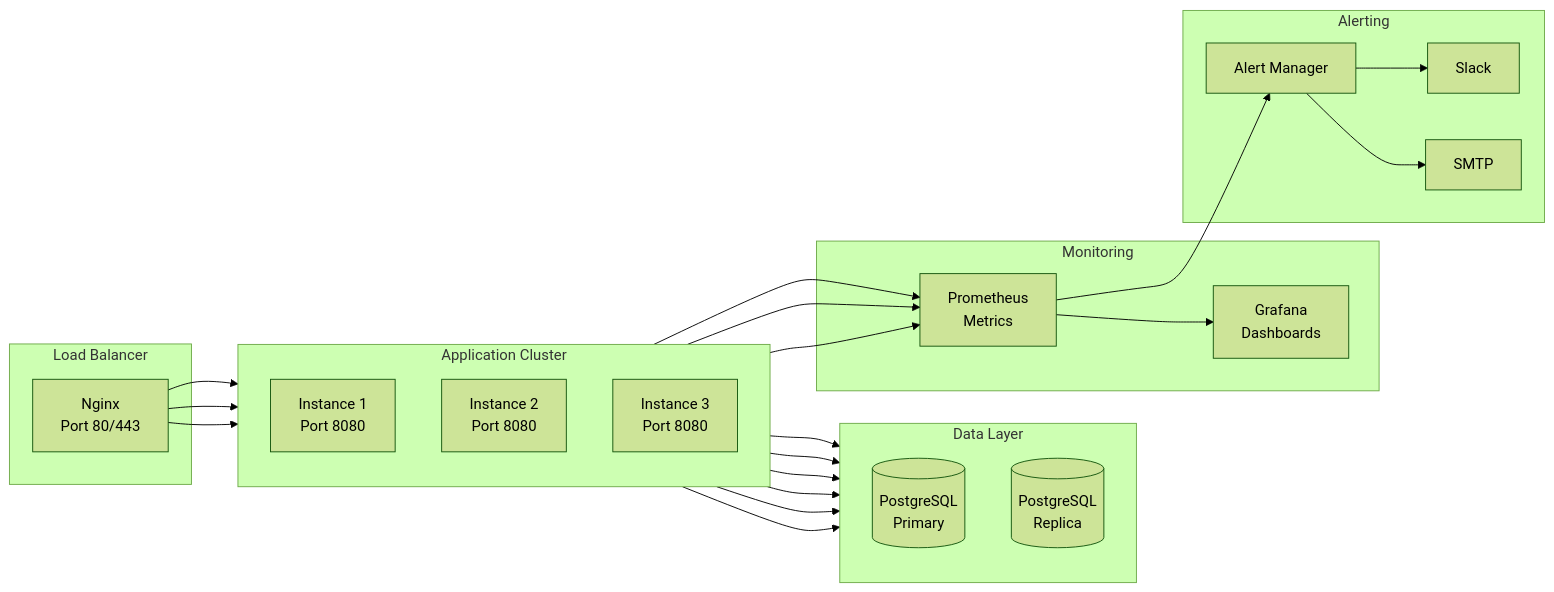
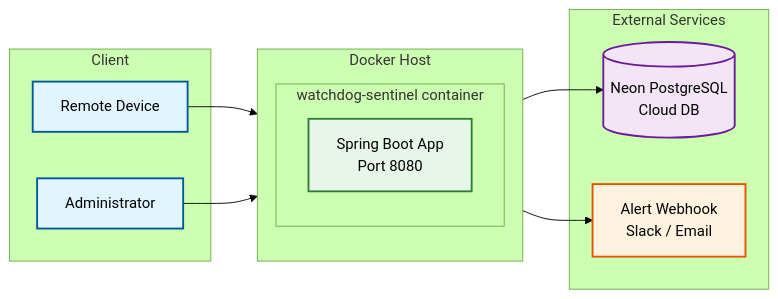
Before and after one commit to jadofils/AmaliTech-DEG-Project-based-challenges: the fifth of 5 diagrams in backend/README.md, drawn with Mermaid (forest theme). The commit also changed other lines of this file, not shown here.

Commit message:
docs: replace Kubernetes deployment with Docker and Docker Compose

````diff
--- a/backend/README.md
+++ b/backend/README.md
@@ -250,51 +250,30 @@
 ```mermaid
 flowchart LR
-    subgraph "Load Balancer"
-        LB[Nginx\nPort 80/443]
+    subgraph "Docker Host"
+        direction TB
+        subgraph "watchdog-sentinel container"
+            App[Spring Boot App\nPort 8080]
+        end
     end
 
-    subgraph "Application Cluster"
-        direction TB
-        App1[Instance 1\nPort 8080]
-        App2[Instance 2\nPort 8080]
-        App3[Instance 3\nPort 8080]
+    subgraph "External Services"
+        DB[(Neon PostgreSQL\nCloud DB)]
+        Webhook[Alert Webhook\nSlack / Email]
     end
 
-    subgraph "Data Layer"
-        direction TB
-        DB[(PostgreSQL\nPrimary)]
-        DBReplica[(PostgreSQL\nReplica)]
+    subgraph "Client"
+        Device[Remote Device]
+        Admin[Administrator]
     end
 
-    subgraph "Monitoring"
-        Prom[Prometheus\nMetrics]
-        Graf[Grafana\nDashboards]
-    end
+    Device --> App
+    Admin --> App
+    App --> DB
+    App --> Webhook
 
-    subgraph "Alerting"
-        AlertMgr[Alert Manager]
-        Slack[Slack]
-        Email[SMTP]
-    end
-
-    LB --> App1
-    LB --> App2
-    LB --> App3
-
-    App1 --> DB
-    App2 --> DB
-    App3 --> DB
-
-    App1 --> DBReplica
-    App2 --> DBReplica
-    App3 --> DBReplica
-
-    App1 --> Prom
-    App2 --> Prom
-    App3 --> Prom
-
-    Prom --> Graf
-    Prom --> AlertMgr
-    AlertMgr --> Slack
-    AlertMgr --> Email
+    style App fill:#e8f5e9,stroke:#2e7d32,stroke-width:2px
+    style DB fill:#f3e5f5,stroke:#6a1b9a,stroke-width:2px
+    style Webhook fill:#fff3e0,stroke:#e65100,stroke-width:2px
+    style Device fill:#e1f5fe,stroke:#01579b,stroke-width:2px
+    style Admin fill:#e1f5fe,stroke:#01579b,stroke-width:2px
 ```
````
